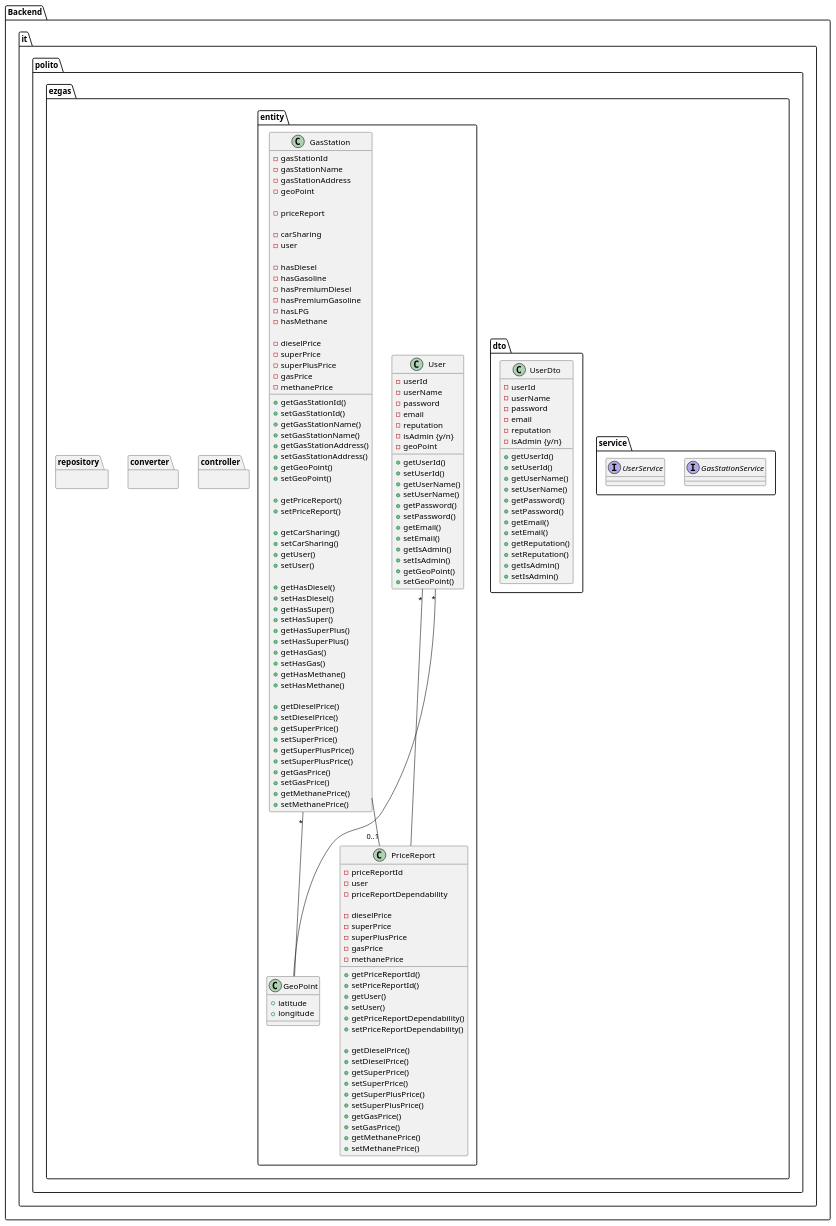
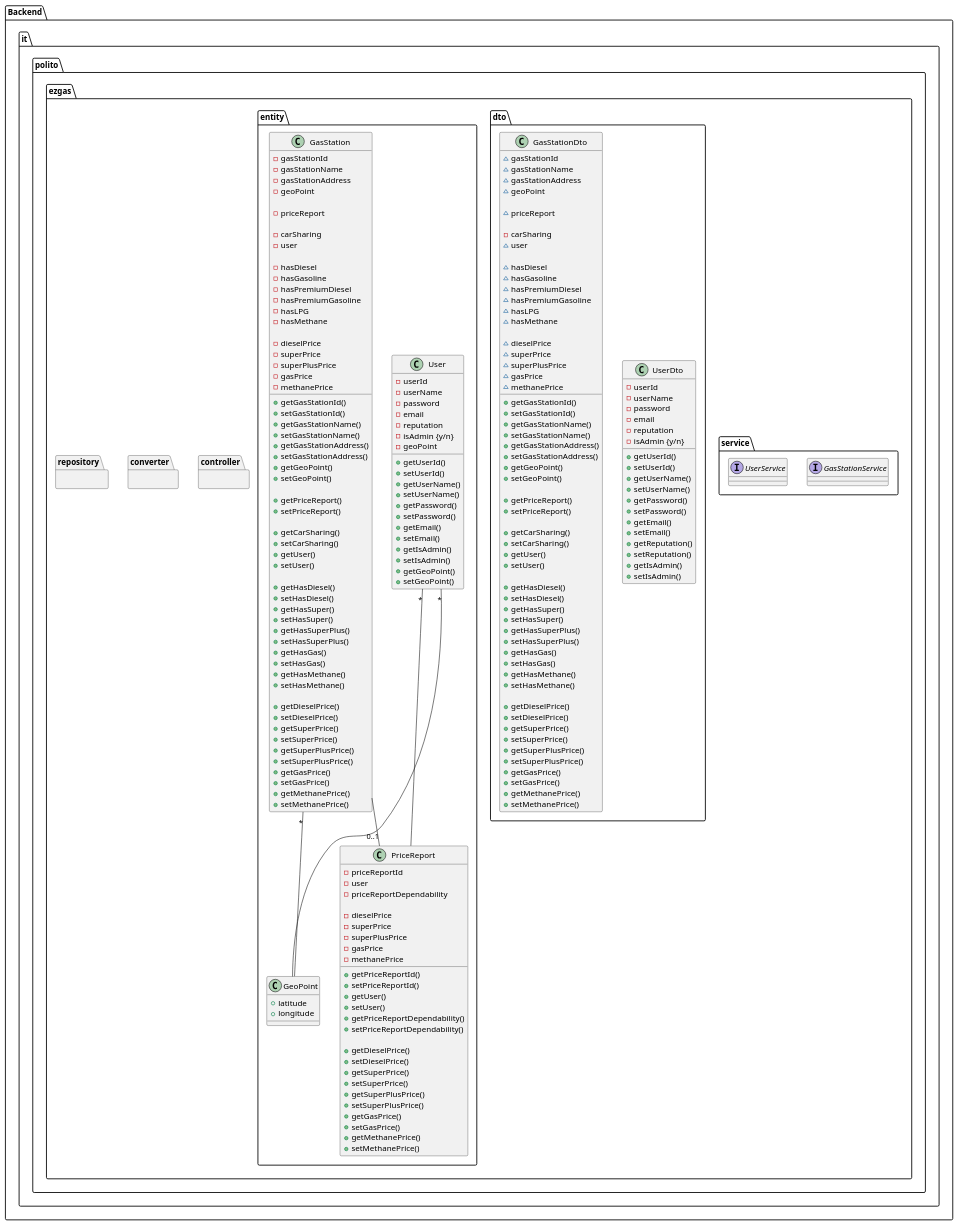
The fourth of 4 diagrams in docs/DesignDocument.md (e-caste/SoftEng-EZGas), drawn with PlantUML before and after one commit.

Commit message:
add GasStationDto class

```diff
--- a/docs/DesignDocument.md
+++ b/docs/DesignDocument.md
@@ -259,6 +259,72 @@
             + getIsAdmin()
             + setIsAdmin()
         }
+
+        class GasStationDto {
+         ~ gasStationId
+         ~ gasStationName
+         ~ gasStationAddress
+         ~ geoPoint
+
+         ~ priceReport
+
+         - carSharing
+         ~ user
+
+         ~ hasDiesel
+         ~ hasGasoline
+         ~ hasPremiumDiesel
+         ~ hasPremiumGasoline
+         ~ hasLPG
+         ~ hasMethane
+
+         ~ dieselPrice
+         ~ superPrice
+         ~ superPlusPrice
+         ~ gasPrice
+         ~ methanePrice
+         
+            + getGasStationId()
+            + setGasStationId()
+            + getGasStationName()
+            + setGasStationName()
+            + getGasStationAddress()
+            + setGasStationAddress()
+            + getGeoPoint()
+            + setGeoPoint()
+
+            + getPriceReport()
+            + setPriceReport()
+
+            + getCarSharing()
+            + setCarSharing()
+            + getUser()
+            + setUser()
+
+            + getHasDiesel()
+            + setHasDiesel()
+            + getHasSuper()
+            + setHasSuper()
+            + getHasSuperPlus()
+            + setHasSuperPlus()
+            + getHasGas()
+            + setHasGas()
+            + getHasMethane()
+            + setHasMethane()
+
+            + getDieselPrice()
+            + setDieselPrice()
+            + getSuperPrice()
+            + setSuperPrice()
+            + getSuperPlusPrice()
+            + setSuperPlusPrice()
+            + getGasPrice()
+            + setGasPrice()
+            + getMethanePrice()
+            + setMethanePrice()
+        }
+        
+        
     }
     
     package "it.polito.ezgas.entity" {
```
